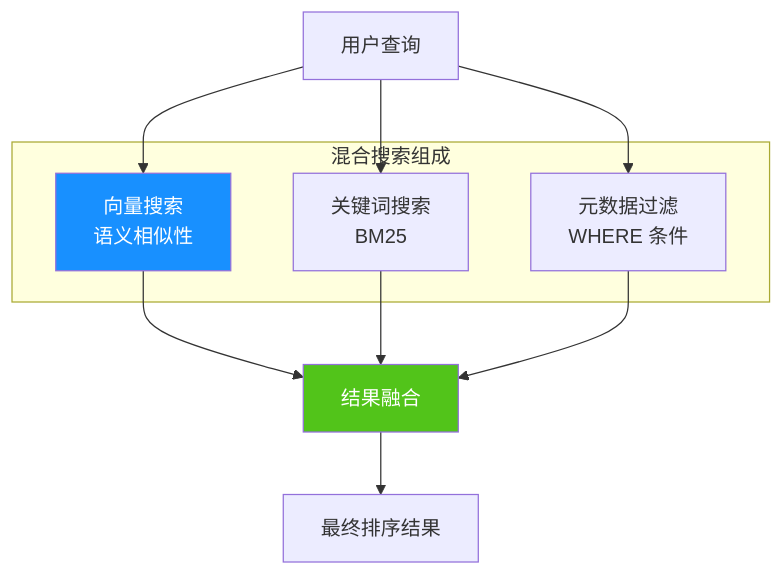
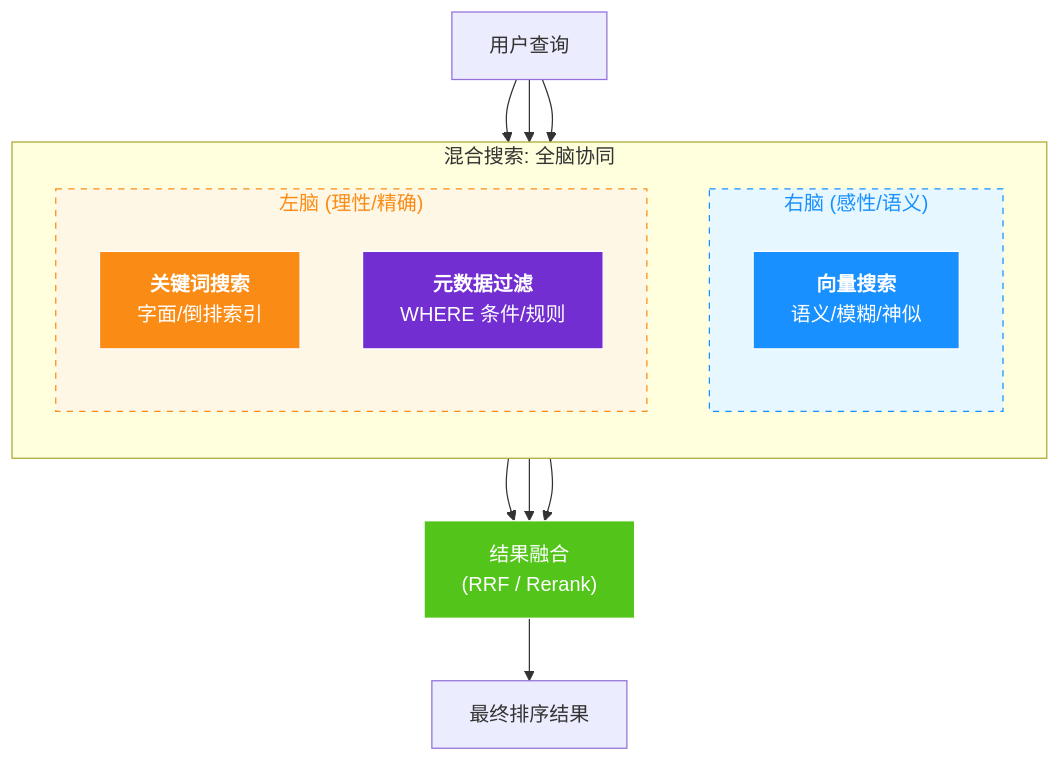
Before and after one commit to ThreeFish-AI/agentic-ai-cognizes: diagram 29 of 38 in docs/research/003-vector-search-algorithm.md, drawn with Mermaid. The commit also changed other lines of this file, not shown here.

Commit message:
docs(Research): 优化混搜策略章节的叙述与可视化;
主要变更：
- 引入"全脑协同"主题，增强章节连贯性;
- 核心直觉：引入"左右脑协同"类比;
- 增加右脑(向量/语义)和左脑(关键词/过滤)的分区可视化;
- 优化流程图配色，区分左右脑区域;
- 增加结果融合节点的说明;

🤖 Generated with [Claude Code](https://claude.com/claude-code)

````diff
--- a/docs/research/003-vector-search-algorithm.md
+++ b/docs/research/003-vector-search-algorithm.md
@@ -2092,20 +2097,33 @@
 ```mermaid
 graph TB
-    subgraph "混合搜索组成"
-        VS[向量搜索<br/>语义相似性]
-        KS[关键词搜索<br/>BM25]
-        MF[元数据过滤<br/>WHERE 条件]
+    subgraph "混合搜索: 全脑协同"
+        direction TB
+        subgraph RightBrain ["右脑 (感性/语义)"]
+            direction TB
+            VS["<b>向量搜索</b><br/>语义/模糊/神似"]
+        end
+
+        subgraph LeftBrain ["左脑 (理性/精确)"]
+            direction TB
+            KS["<b>关键词搜索</b><br/>字面/倒排索引"]
+            MF["<b>元数据过滤</b><br/>WHERE 条件/规则"]
+        end
     end
 
     Q[用户查询] --> VS
     Q --> KS
     Q --> MF
 
-    VS --> FUSION[结果融合]
+    VS --> FUSION["结果融合<br/>(RRF / Rerank)"]
     KS --> FUSION
     MF --> FUSION
     FUSION --> R[最终排序结果]
 
-    style VS fill:#1890ff,color:#fff
-    style FUSION fill:#52c41a,color:#fff
+    style VS fill:#1890ff,color:#fff,stroke:#fff
+    style KS fill:#fa8c16,color:#fff,stroke:#fff
+    style MF fill:#722ed1,color:#fff,stroke:#fff
+    style FUSION fill:#52c41a,color:#fff,stroke:#fff
+
+    style RightBrain fill:#e6f7ff,stroke:#1890ff,stroke-dasharray: 5 5,color:#1890ff
+    style LeftBrain fill:#fff7e6,stroke:#fa8c16,stroke-dasharray: 5 5,color:#fa8c16
 ```
````
